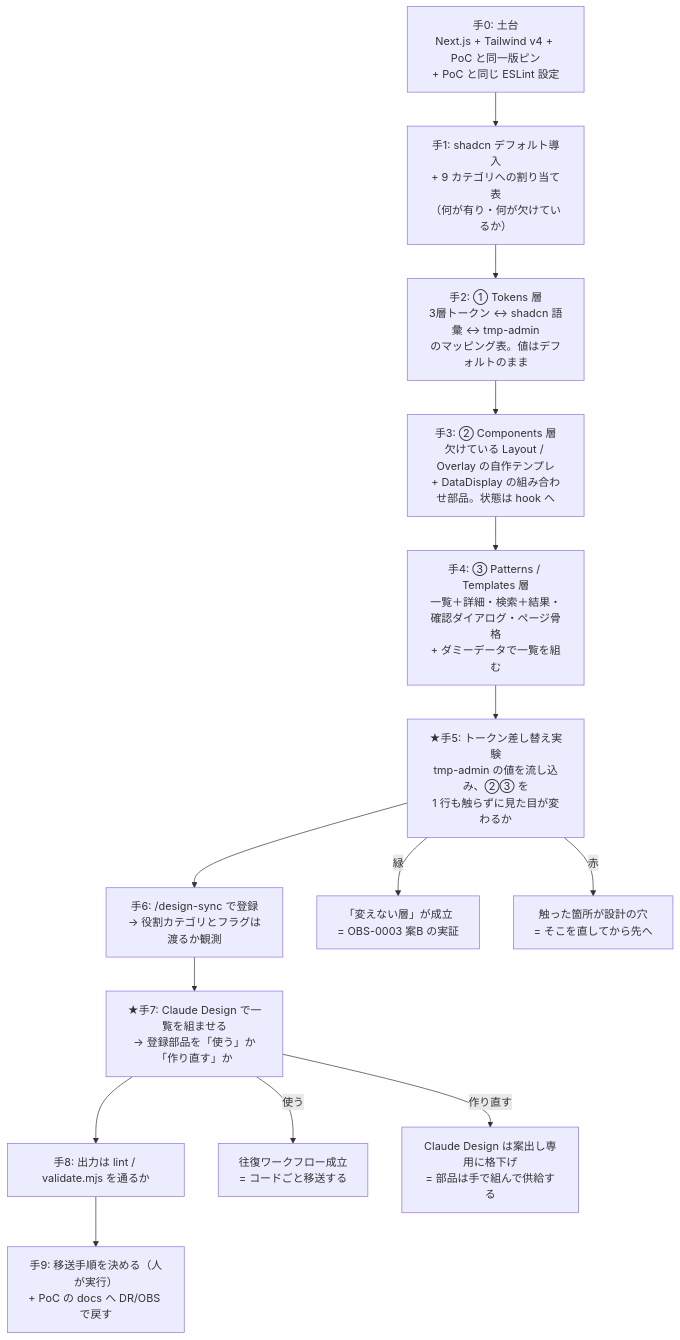
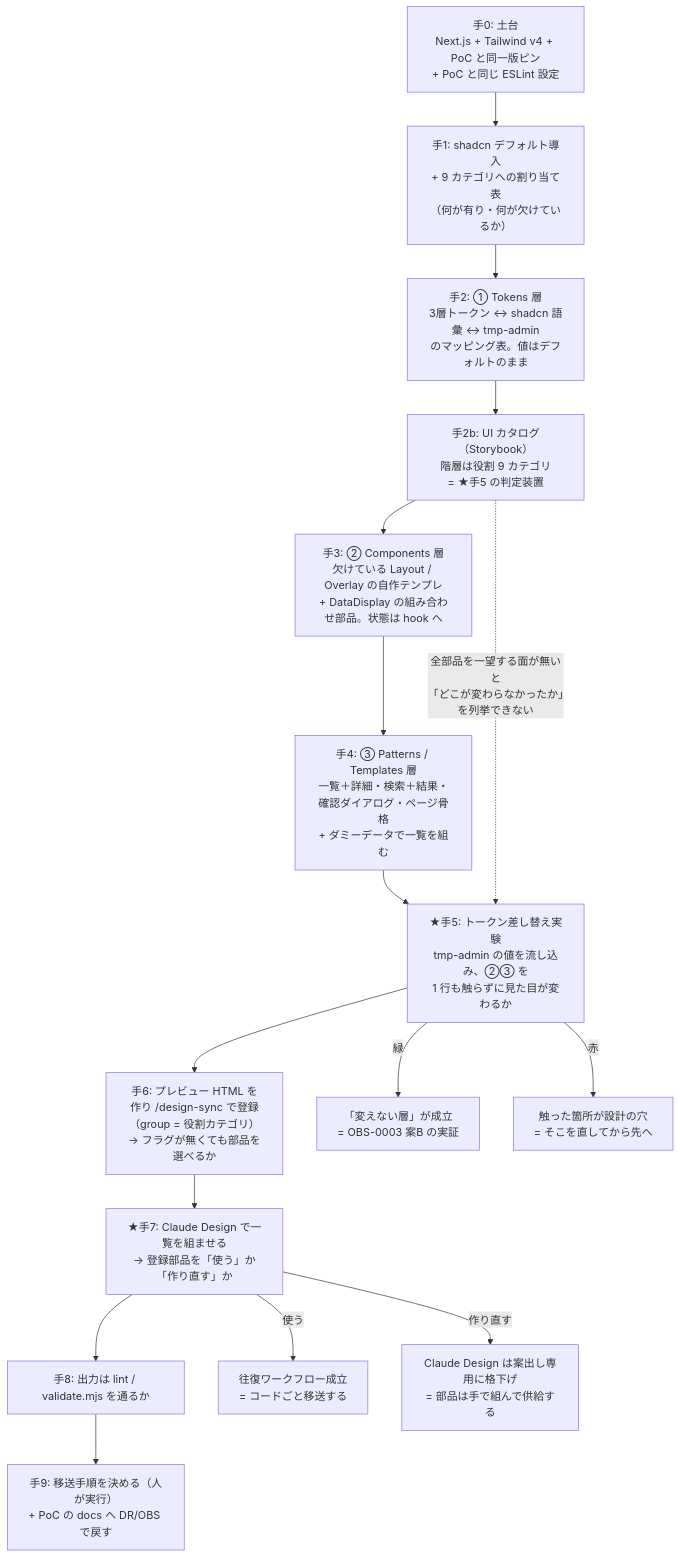
The third of 3 diagrams in docs/UI検証の位置づけと段取り.md (yatami0/design), drawn with Mermaid before and after one commit. The commit also changed other lines of this file and 5 other files, not shown here.

````diff
--- a/docs/UI検証の位置づけと段取り.md
+++ b/docs/UI検証の位置づけと段取り.md
@@ -140,20 +140,22 @@
 ```mermaid
 flowchart TD
   H0["手0: 土台<br/>Next.js + Tailwind v4 + PoC と同一版ピン<br/>+ PoC と同じ ESLint 設定"]
   H1["手1: shadcn デフォルト導入<br/>+ 9 カテゴリへの割り当て表<br/>（何が有り・何が欠けているか）"]
   H2["手2: ① Tokens 層<br/>3層トークン ↔ shadcn 語彙 ↔ tmp-admin<br/>のマッピング表。値はデフォルトのまま"]
+  H2B["手2b: UI カタログ（Storybook）<br/>階層は役割 9 カテゴリ<br/>= ★手5 の判定装置"]
   H3["手3: ② Components 層<br/>欠けている Layout / Overlay の自作テンプレ<br/>+ DataDisplay の組み合わせ部品。状態は hook へ"]
   H4["手4: ③ Patterns / Templates 層<br/>一覧＋詳細・検索＋結果・確認ダイアログ・ページ骨格<br/>+ ダミーデータで一覧を組む"]
   H5["★手5: トークン差し替え実験<br/>tmp-admin の値を流し込み、②③ を<br/>1 行も触らずに見た目が変わるか"]
-  H6["手6: /design-sync で登録<br/>→ 役割カテゴリとフラグは渡るか観測"]
+  H6["手6: プレビュー HTML を作り /design-sync で登録<br/>（group = 役割カテゴリ）<br/>→ フラグが無くても部品を選べるか"]
   H7["★手7: Claude Design で一覧を組ませる<br/>→ 登録部品を「使う」か「作り直す」か"]
   H8["手8: 出力は lint / validate.mjs を通るか"]
   H9["手9: 移送手順を決める（人が実行）<br/>+ PoC の docs へ DR/OBS で戻す"]
 
-  H0 --> H1 --> H2 --> H3 --> H4 --> H5 --> H6 --> H7 --> H8 --> H9
+  H0 --> H1 --> H2 --> H2B --> H3 --> H4 --> H5 --> H6 --> H7 --> H8 --> H9
+  H2B -. "全部品を一望する面が無いと<br/>「どこが変わらなかったか」を列挙できない" .-> H5
 
   H5 -- "緑" --> OK5["「変えない層」が成立<br/>= OBS-0003 案B の実証"]
   H5 -- "赤" --> NG5["触った箇所が設計の穴<br/>= そこを直してから先へ"]
   H7 -- "使う" --> OK7["往復ワークフロー成立<br/>= コードごと移送する"]
   H7 -- "作り直す" --> NG7["Claude Design は案出し専用に格下げ<br/>= 部品は手で組んで供給する"]
 ```
````
